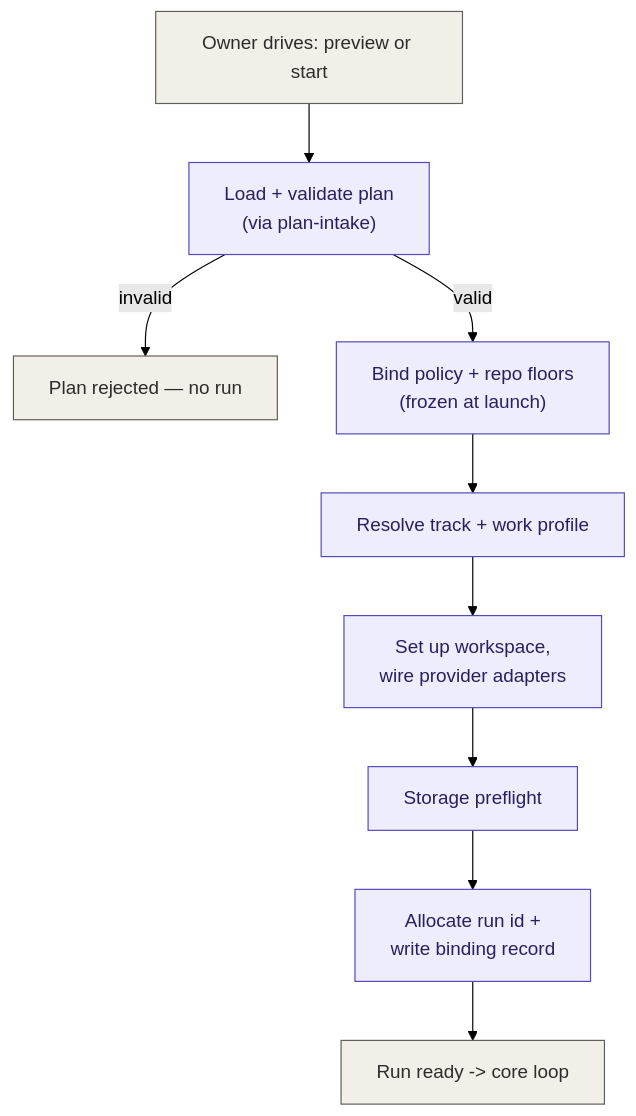
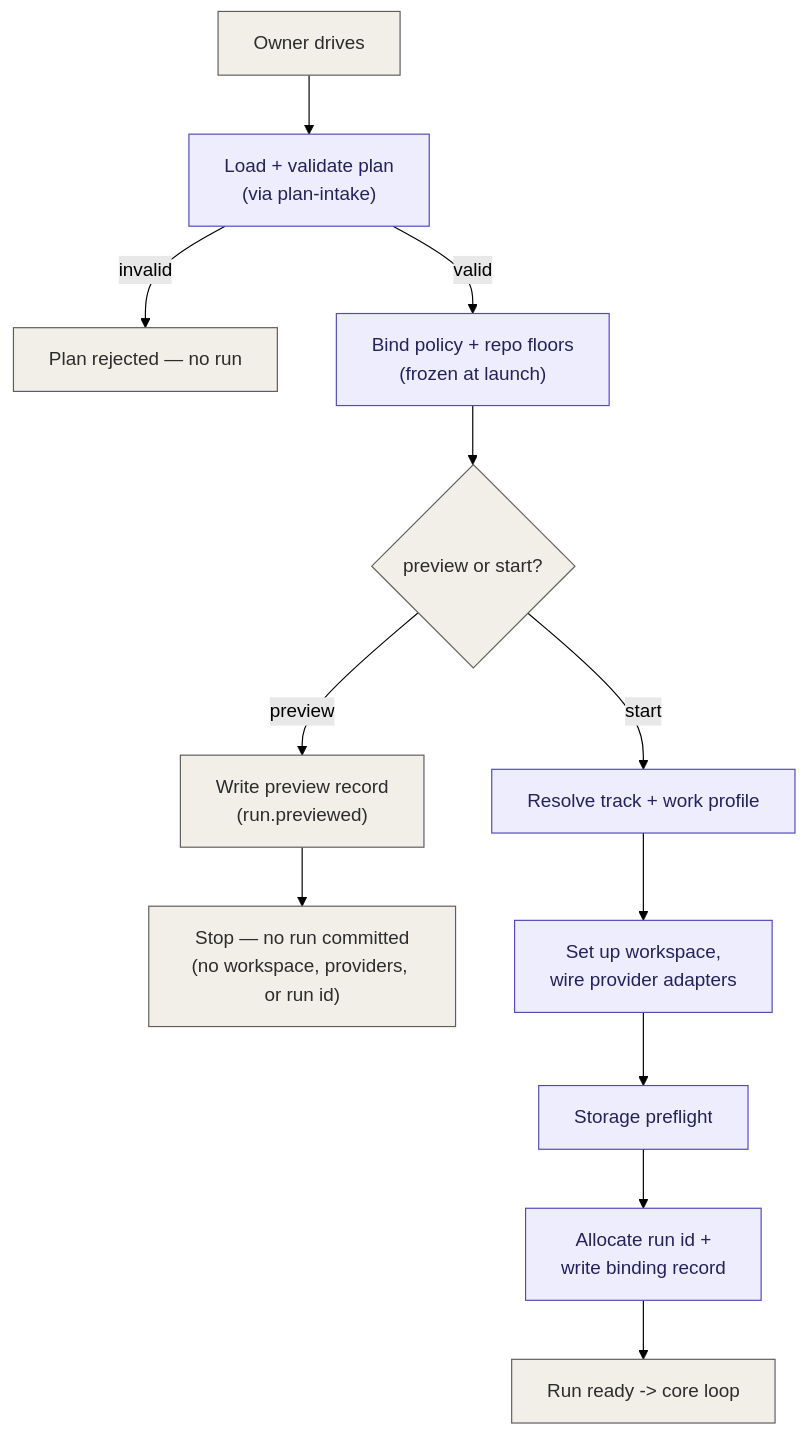
The diagram in docs/design/core/bootstrap.md (agentic-workflow-kit/jig), drawn with Mermaid (forest theme) before and after one commit. The commit also changed 3 other files, not shown here.

First line of the commit message:
docs: address scaffold review — contract wording, preview/start branch, work-source clarity

````diff
--- a/docs/design/core/bootstrap.md
+++ b/docs/design/core/bootstrap.md
@@ -32,26 +32,32 @@
 ```mermaid
 flowchart TD
-    Drive["Owner drives: preview or start"]
+    Drive["Owner drives"]
     Load["Load + validate plan<br/>(via plan-intake)"]
     Rej["Plan rejected — no run"]
     Bind["Bind policy + repo floors<br/>(frozen at launch)"]
+    Mode{"preview or start?"}
+    PrevRec["Write preview record<br/>(run.previewed)"]
+    PrevStop["Stop — no run committed<br/>(no workspace, providers, or run id)"]
     Resolve["Resolve track + work profile"]
     Wire["Set up workspace,<br/>wire provider adapters"]
     Preflight["Storage preflight"]
     Alloc["Allocate run id +<br/>write binding record"]
     Ready["Run ready -> core loop"]
 
     Drive --> Load
     Load -->|invalid| Rej
     Load -->|valid| Bind
-    Bind --> Resolve
+    Bind --> Mode
+    Mode -->|preview| PrevRec
+    PrevRec --> PrevStop
+    Mode -->|start| Resolve
     Resolve --> Wire
     Wire --> Preflight
     Preflight --> Alloc
     Alloc --> Ready
 
     classDef config fill:#EEEDFE,stroke:#534AB7,color:#26215C;
     classDef neutral fill:#F1EFE8,stroke:#5F5E5A,color:#2C2C2A;
     class Load,Bind,Resolve,Wire,Preflight,Alloc config;
-    class Drive,Rej,Ready neutral;
+    class Drive,Rej,Ready,Mode,PrevRec,PrevStop neutral;
 ```
````
